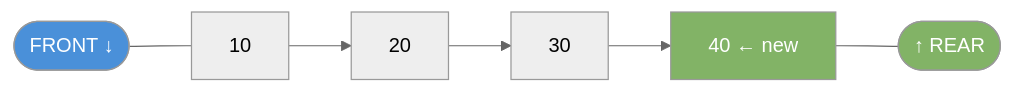
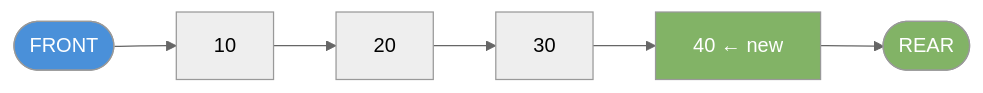
The second of 3 diagrams in docs/04-queue.md (valarpirai/software-enginneering), drawn with Mermaid (neutral theme) before and after one commit. The commit also changed other lines of this file, not shown here.

````diff
--- a/docs/04-queue.md
+++ b/docs/04-queue.md
@@ -34,13 +49,11 @@
 ```mermaid
 graph LR
-    FRONT(["FRONT ↓"])
-    N1["10"]
-    N2["20"]
-    N3["30"]
-    N4["40  ← new"]
-    REAR(["↑ REAR"])
-    FRONT --- N1 --> N2 --> N3 --> N4 --- REAR
+    FRONT(["FRONT"])
+    N1["10"] --> N2["20"] --> N3["30"] --> N4["40 ← new"]
+    REAR(["REAR"])
+    FRONT --> N1
+    N4 --> REAR
     style FRONT fill:#4a90d9,color:#fff
     style REAR fill:#82b366,color:#fff
     style N4 fill:#82b366,color:#fff
 ```
````
